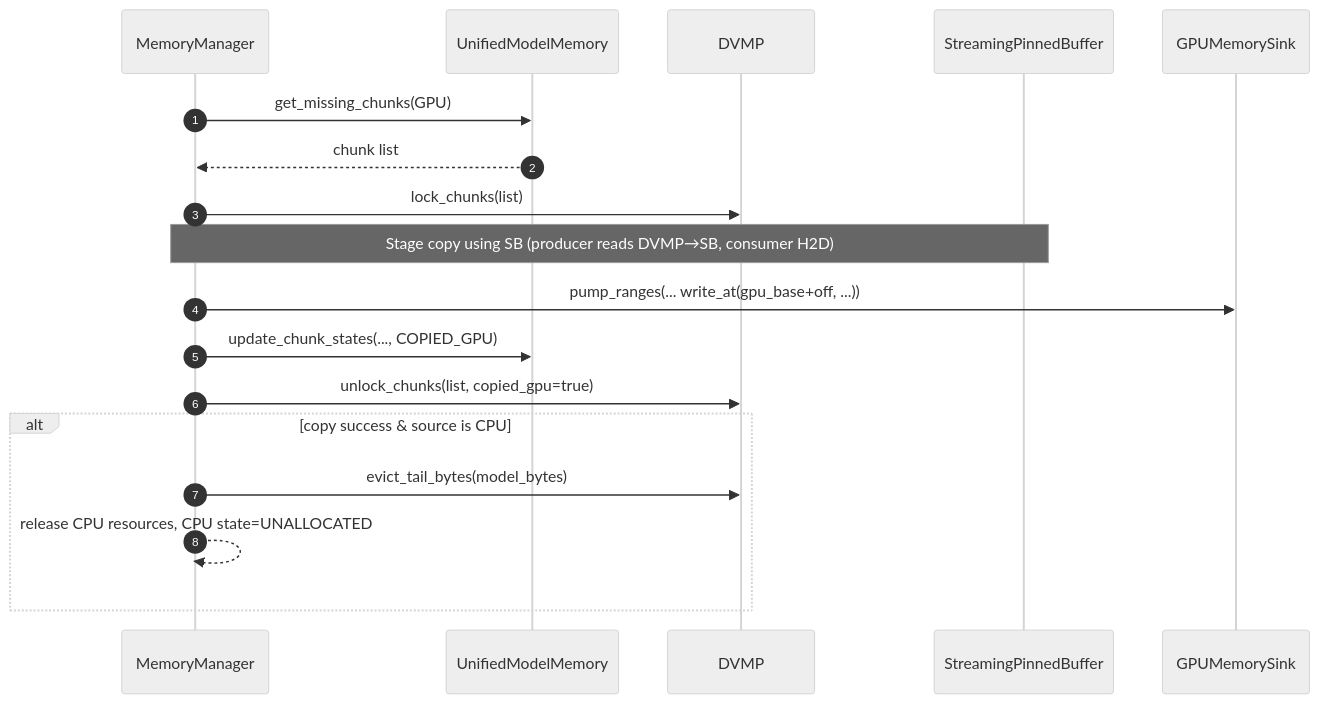
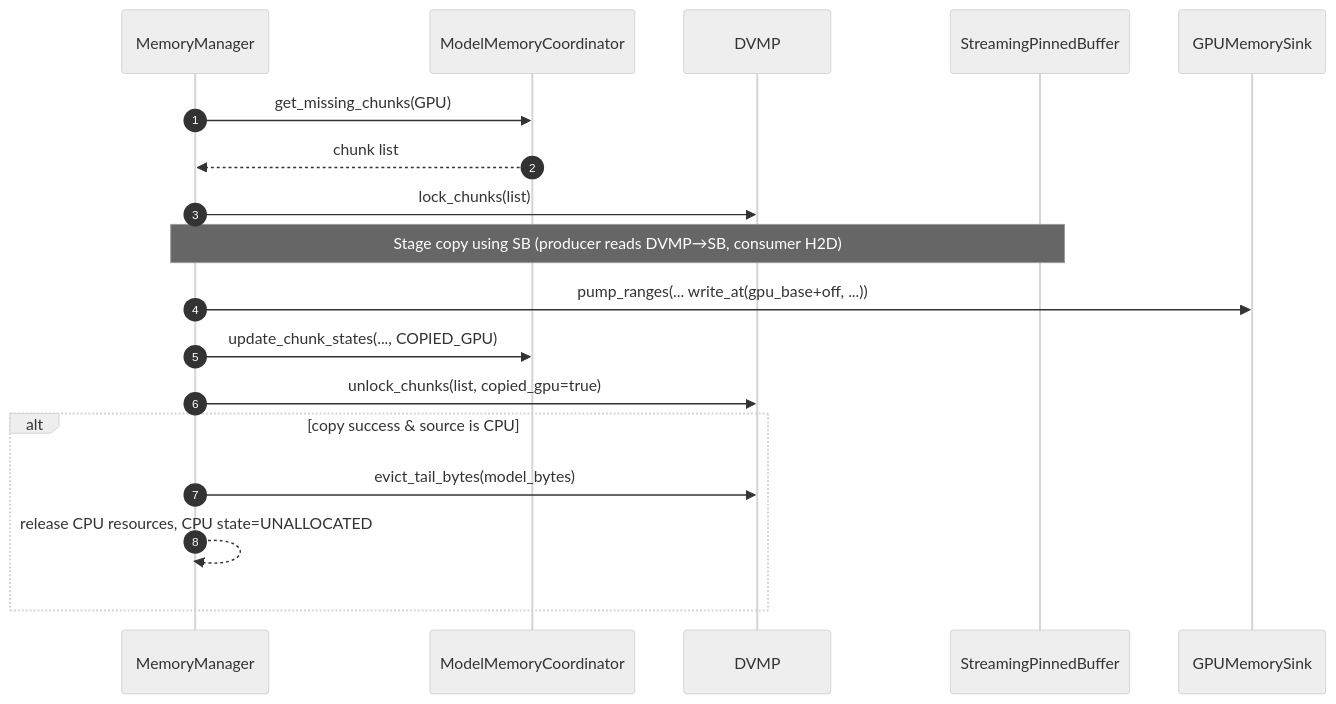
The fourth of 7 diagrams in rfcs/0001-distributed-virtual-memory-pool.md (tensorcast-ai/tensorcast), drawn with Mermaid (neutral theme) before and after one commit. The commit also changed other lines of this file and 33 other files, not shown here.

````diff
--- a/rfcs/0001-distributed-virtual-memory-pool.md
+++ b/rfcs/0001-distributed-virtual-memory-pool.md
@@ -255,21 +255,21 @@
 ```mermaid
 sequenceDiagram
     autonumber
     participant MM as MemoryManager
-    participant UMA as UnifiedModelMemory
+    participant UMA as ModelMemoryCoordinator
     participant DV as DVMP
     participant SB as StreamingPinnedBuffer
     participant GP as GPUMemorySink
 
     MM->>UMA: get_missing_chunks(GPU)
     UMA-->>MM: chunk list
     MM->>DV: lock_chunks(list)
     Note over MM,SB: Stage copy using SB (producer reads DVMP→SB, consumer H2D)
     MM->>GP: pump_ranges(... write_at(gpu_base+off, ...))
     MM->>UMA: update_chunk_states(..., COPIED_GPU)
     MM->>DV: unlock_chunks(list, copied_gpu=true)
     alt copy success & source is CPU
         MM->>DV: evict_tail_bytes(model_bytes)
         MM-->>MM: release CPU resources, CPU state=UNALLOCATED
     end
 ```
````
